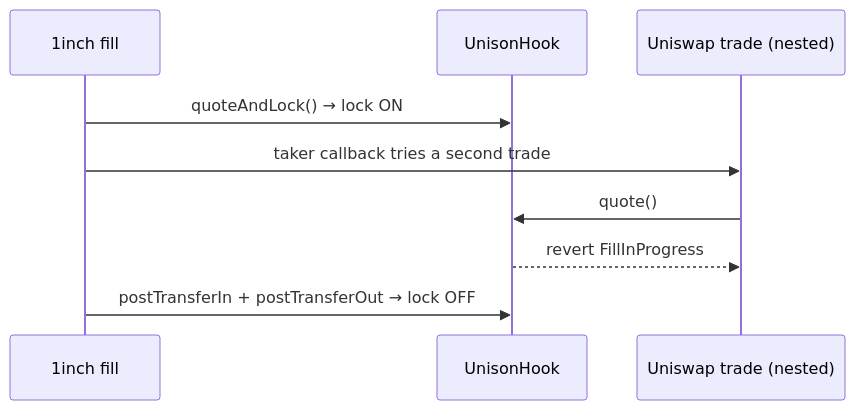
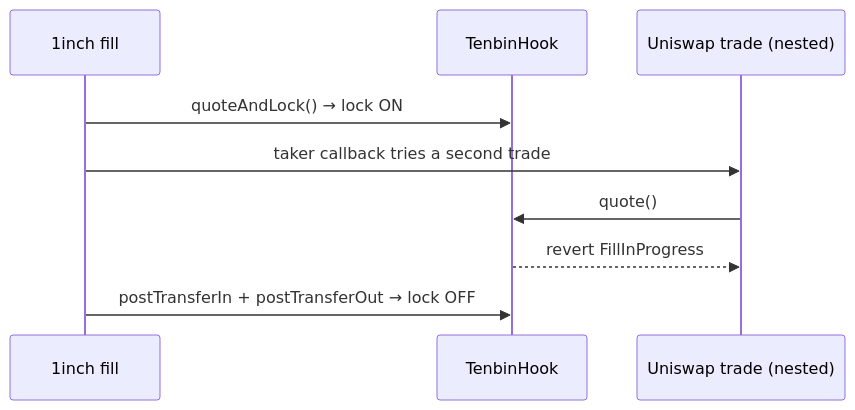
One commit to Abhist17/mohur changed the sixth of 7 diagrams in docs/explained.md. Above: the diagram before and after it, drawn with Mermaid. The commit also changed other lines of this file and 157 other files, not shown here.

````diff
--- a/docs/explained.md
+++ b/docs/explained.md
@@ -203,11 +203,11 @@
 ```mermaid
 sequenceDiagram
     participant VM as 1inch fill
-    participant H as UnisonHook
+    participant H as TenbinHook
     participant U as Uniswap trade (nested)
     VM->>H: quoteAndLock() → lock ON
     VM->>U: taker callback tries a second trade
     U->>H: quote()
     H-->>U: revert FillInProgress
     VM->>H: postTransferIn + postTransferOut → lock OFF
 ```
````
